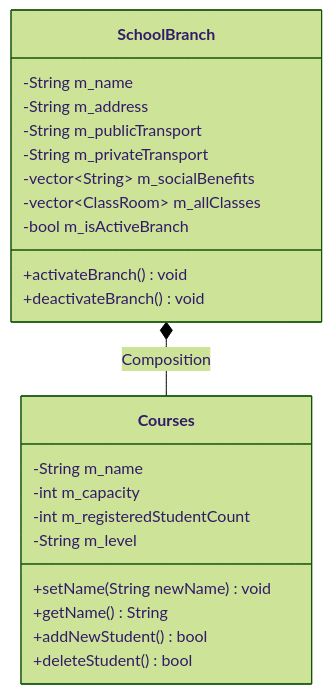
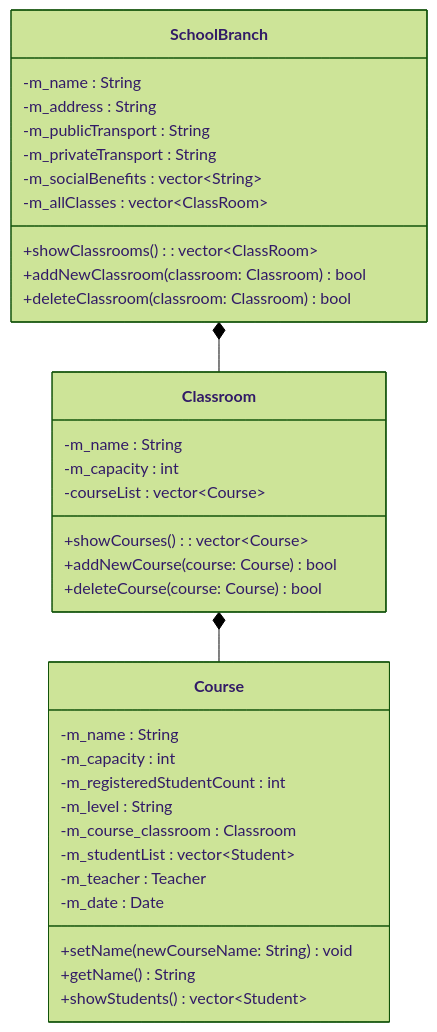
Before and after one commit to ondergormez/BLM3722_Software_Engineering: the third of 4 diagrams in 03-Project/01-ClassDiagram/UML_Diag.md, drawn with Mermaid (forest theme). The commit also changed other lines of this file and 2 other files, not shown here.

Commit message:
UML Diagrams

````diff
--- a/03-Project/01-ClassDiagram/UML_Diag.md
+++ b/03-Project/01-ClassDiagram/UML_Diag.md
@@ -97,29 +134,39 @@
 ```mermaid
 classDiagram
-    SchoolBranch *-- Courses : Composition
- 
+    SchoolBranch *-- Classroom 
+    Classroom *-- Course
     class SchoolBranch{
-        -String m_name
-        -String m_address
-        -String m_publicTransport
-        -String m_privateTransport
-        -vector~String~ m_socialBenefits
-        -vector~ClassRoom~ m_allClasses
-        -bool m_isActiveBranch
-        
-        +activateBranch() void
-        +deactivateBranch() void
+        -m_name : String
+        -m_address : String
+        -m_publicTransport : String
+        -m_privateTransport : String
+        -m_socialBenefits : vector~String~ 
+        -m_allClasses : vector~ClassRoom~ 
+        +showClassrooms() : vector~ClassRoom~
+        +addNewClassroom(classroom: Classroom) bool
+        +deleteClassroom(classroom: Classroom) bool
     }
 
-    class Courses{
-        -String m_name
-        -int m_capacity
-        -int m_registeredStudentCount
-        -String m_level
+    class Classroom{
+        -m_name : String
+        -m_capacity : int
+        -courseList : vector~Course~
+        +showCourses() : vector~Course~
+        +addNewCourse(course: Course) bool
+        +deleteCourse(course: Course) bool       
+    }
 
-        +setName(String newName) void
+    class Course{
+        -m_name : String
+        -m_capacity : int
+        -m_registeredStudentCount : int
+        -m_level : String
+        -m_course_classroom : Classroom
+        -m_studentList : vector~Student~
+        -m_teacher : Teacher
+        -m_date : Date
+        +setName(newCourseName: String) void
         +getName() String
-        +addNewStudent() bool
-        +deleteStudent() bool
+        +showStudents()  vector~Student~
     }
 ```
````
